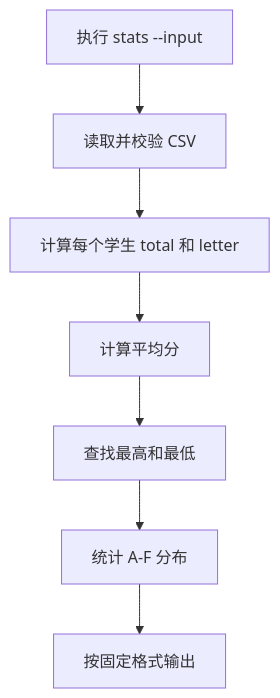
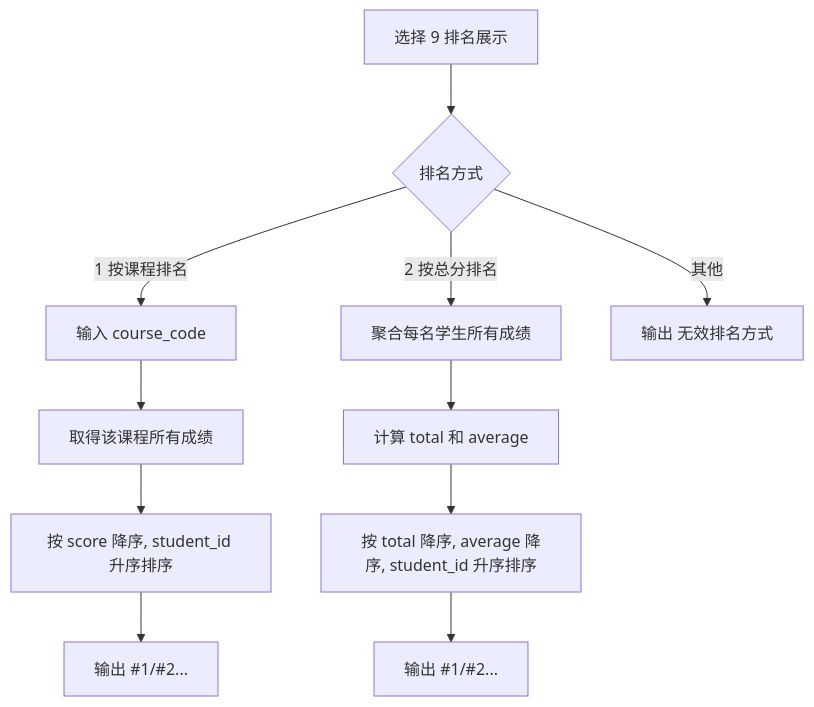
One commit to JerryChen-USTB/CodeAgent changed the seventh of 8 diagrams in benchmark/selfbuilt/cases/03_student_gradebook/input/design_model.md. Above: the diagram before and after it, drawn with Mermaid. The commit also changed other lines of this file and 67 other files, not shown here.

````diff
--- a/benchmark/selfbuilt/cases/03_student_gradebook/input/design_model.md
+++ b/benchmark/selfbuilt/cases/03_student_gradebook/input/design_model.md
@@ -56,9 +360,13 @@
 ```mermaid
 flowchart TD
-    A["执行 stats --input"] --> B["读取并校验 CSV"]
-    B --> C["计算每个学生 total 和 letter"]
-    C --> D["计算平均分"]
-    D --> E["查找最高和最低"]
-    E --> F["统计 A-F 分布"]
-    F --> G["按固定格式输出"]
+    A["选择 9 排名展示"] --> B{"排名方式"}
+    B -- "1 按课程排名" --> C["输入 course_code"]
+    C --> D["取得该课程所有成绩"]
+    D --> E["按 score 降序, student_id 升序排序"]
+    E --> F["输出 #1/#2..."]
+    B -- "2 按总分排名" --> G["聚合每名学生所有成绩"]
+    G --> H["计算 total 和 average"]
+    H --> I["按 total 降序, average 降序, student_id 升序排序"]
+    I --> J["输出 #1/#2..."]
+    B -- "其他" --> K["输出 无效排名方式"]
 ```
````
